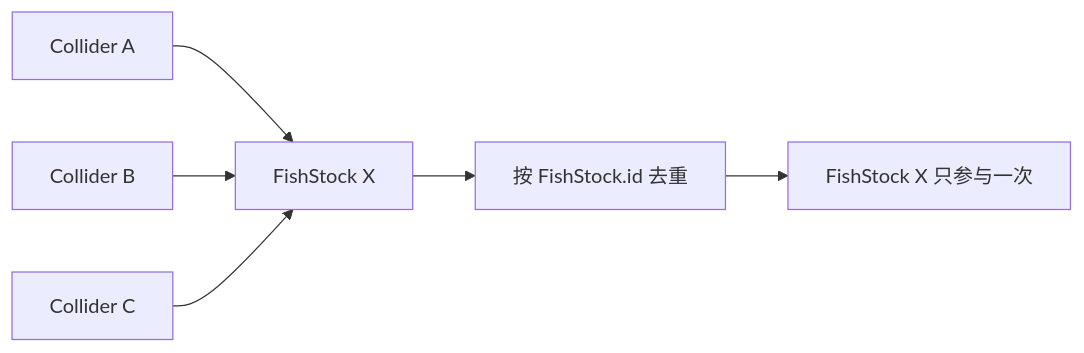
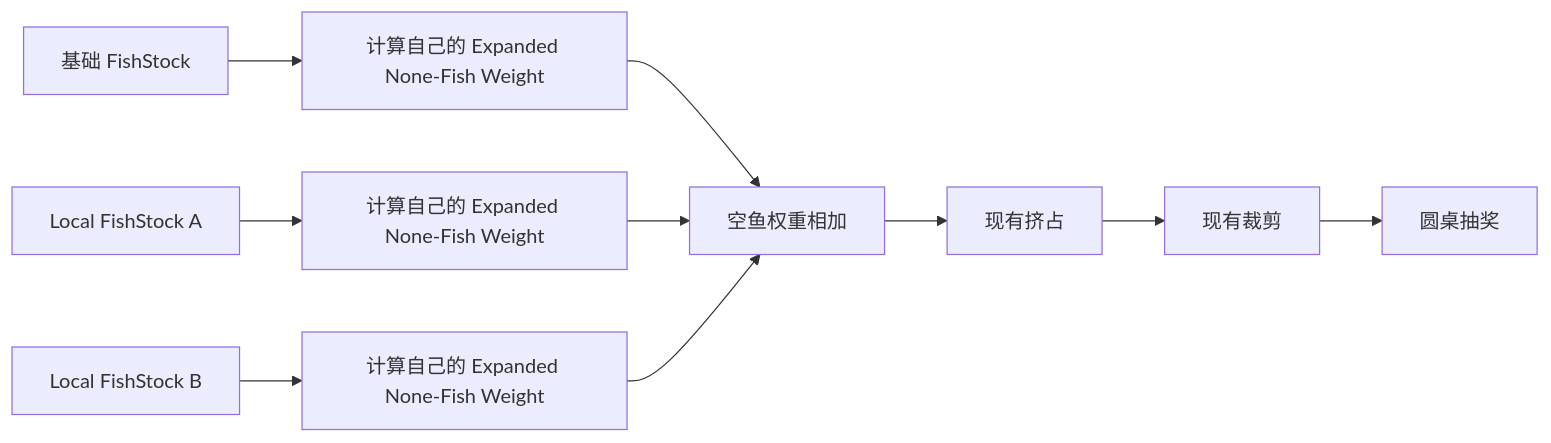
Before and after one commit to futouyiba/HitFish-Up: the first of 2 diagrams in docs/real-fish-weight-anchor-no-fish-expansion-dev-spec.md, drawn with Mermaid. The commit also changed other lines of this file, not shown here.

Commit message:
docs: reframe none-fish optimization as 0.3.4.1 task

````diff
--- a/docs/real-fish-weight-anchor-no-fish-expansion-dev-spec.md
+++ b/docs/real-fish-weight-anchor-no-fish-expansion-dev-spec.md
@@ -210,8 +172,12 @@
 ```mermaid
 flowchart LR
-    A[Collider A] --> S[FishStock X]
-    B[Collider B] --> S
-    C[Collider C] --> S
-    S --> D[按 FishStock.id 去重]
-    D --> E[FishStock X 只参与一次]
+    A[基础 FishStock] --> A1[计算自己的 Expanded None-Fish Weight]
+    B[Local FishStock A] --> B1[计算自己的 Expanded None-Fish Weight]
+    C[Local FishStock B] --> C1[计算自己的 Expanded None-Fish Weight]
+    A1 --> D[空鱼权重相加]
+    B1 --> D
+    C1 --> D
+    D --> E[现有挤占]
+    E --> F[现有裁剪]
+    F --> G[圆桌抽奖]
 ```
````
